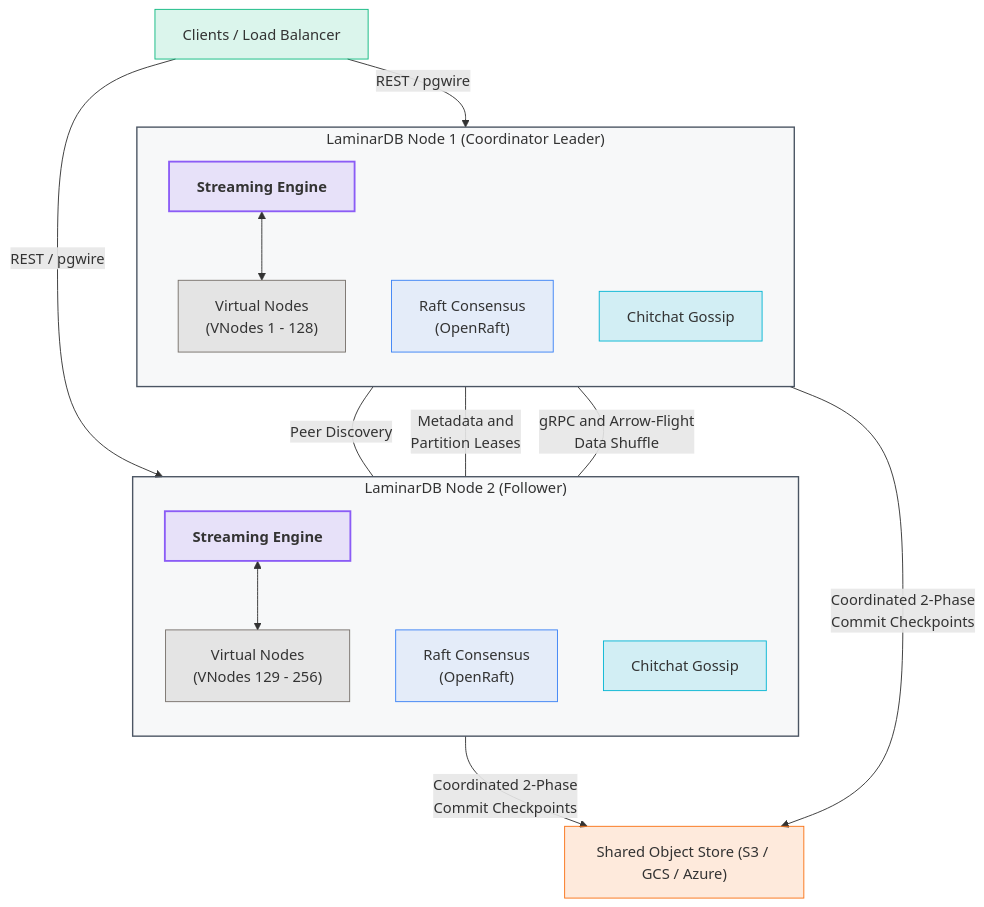
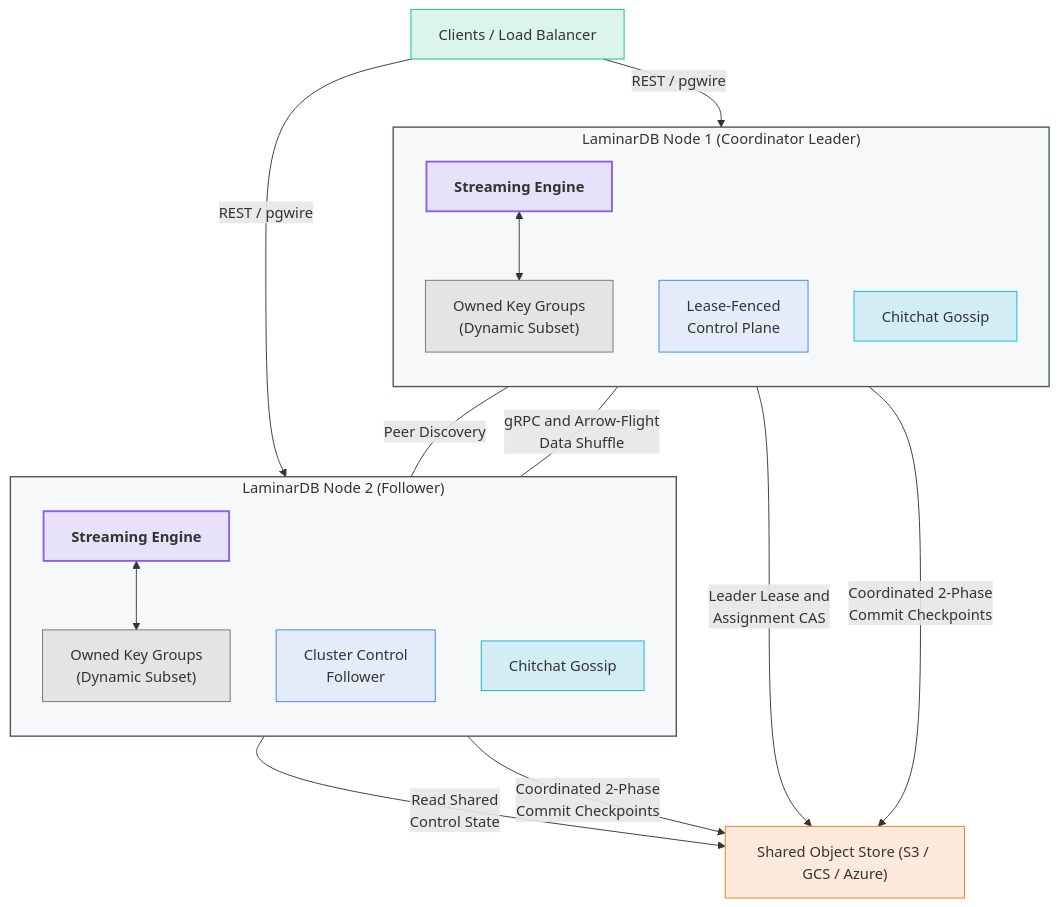
The fourth of 5 diagrams in README.md (laminardb/laminardb), drawn with Mermaid before and after one commit. The commit also changed other lines of this file and 541 other files, not shown here.

````diff
--- a/README.md
+++ b/README.md
@@ -564,45 +579,46 @@
 ```mermaid
 graph TD
     classDef clientClass fill:#10b981,fill-opacity:0.15,stroke:#10b981,stroke-width:1px;
     classDef engineClass fill:#8b5cf6,fill-opacity:0.15,stroke:#8b5cf6,stroke-width:2px,font-weight:bold;
-    classDef raftClass fill:#3b82f6,fill-opacity:0.1,stroke:#3b82f6,stroke-width:1px;
+    classDef controlClass fill:#3b82f6,fill-opacity:0.1,stroke:#3b82f6,stroke-width:1px;
     classDef gossipClass fill:#06b6d4,fill-opacity:0.15,stroke:#06b6d4,stroke-width:1px;
     classDef vnodeClass fill:#78716c,fill-opacity:0.15,stroke:#78716c,stroke-width:1px;
     classDef storageClass fill:#f97316,fill-opacity:0.15,stroke:#f97316,stroke-width:1px;
 
     Client["Clients / Load Balancer"]:::clientClass
     
     subgraph Node1["LaminarDB Node 1 (Coordinator Leader)"]
         direction TB
         E1["Streaming Engine"]:::engineClass
-        Raft1["Raft Consensus<br/>(OpenRaft)"]:::raftClass
+        Control1["Lease-Fenced<br/>Control Plane"]:::controlClass
         Gossip1["Chitchat Gossip"]:::gossipClass
-        VNodes1["Virtual Nodes<br/>(VNodes 1 - 128)"]:::vnodeClass
+        VNodes1["Owned Key Groups<br/>(Dynamic Subset)"]:::vnodeClass
         E1 <--> VNodes1
     end
 
     subgraph Node2["LaminarDB Node 2 (Follower)"]
         direction TB
         E2["Streaming Engine"]:::engineClass
-        Raft2["Raft Consensus<br/>(OpenRaft)"]:::raftClass
+        Control2["Cluster Control<br/>Follower"]:::controlClass
         Gossip2["Chitchat Gossip"]:::gossipClass
-        VNodes2["Virtual Nodes<br/>(VNodes 129 - 256)"]:::vnodeClass
+        VNodes2["Owned Key Groups<br/>(Dynamic Subset)"]:::vnodeClass
         E2 <--> VNodes2
     end
 
     %% Client Operations
     Client -->|"REST / pgwire"| Node1
     Client -->|"REST / pgwire"| Node2
 
     %% Node Communication
     Gossip1 ---|"Peer Discovery"| Gossip2
-    Raft1 ---|"Metadata and<br/>Partition Leases"| Raft2
     E1 ---|"gRPC and Arrow-Flight<br/>Data Shuffle"| E2
 
     %% Distributed Durability
-    Node1 -->|"Coordinated 2-Phase<br/>Commit Checkpoints"| SharedStore["Shared Object Store (S3 / GCS / Azure)"]:::storageClass
+    Control1 -->|"Leader Lease and<br/>Assignment CAS"| SharedStore["Shared Object Store (S3 / GCS / Azure)"]:::storageClass
+    Control2 -->|"Read Shared<br/>Control State"| SharedStore
+    Node1 -->|"Coordinated 2-Phase<br/>Commit Checkpoints"| SharedStore
     Node2 -->|"Coordinated 2-Phase<br/>Commit Checkpoints"| SharedStore:::storageClass
 
     style Node1 fill:#6b7280,fill-opacity:0.05,stroke:#4b5563,stroke-width:1.5px
     style Node2 fill:#6b7280,fill-opacity:0.05,stroke:#4b5563,stroke-width:1.5px
 ```
````
